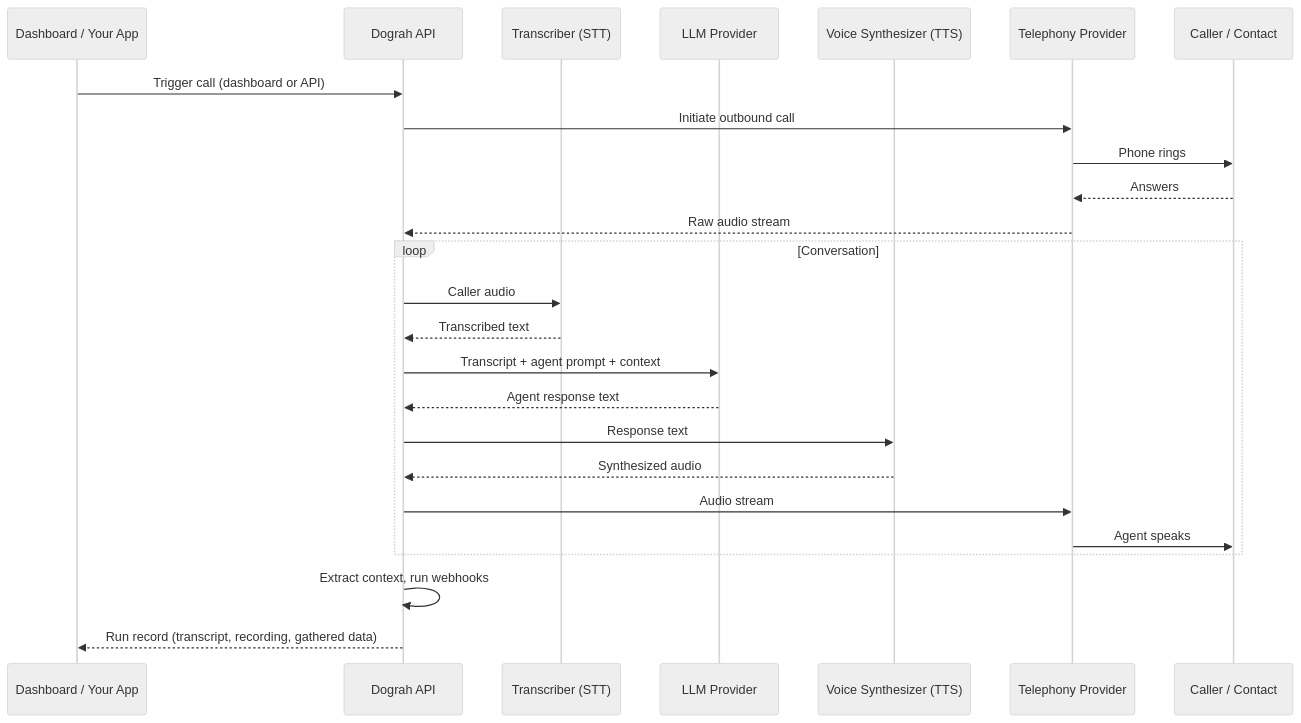
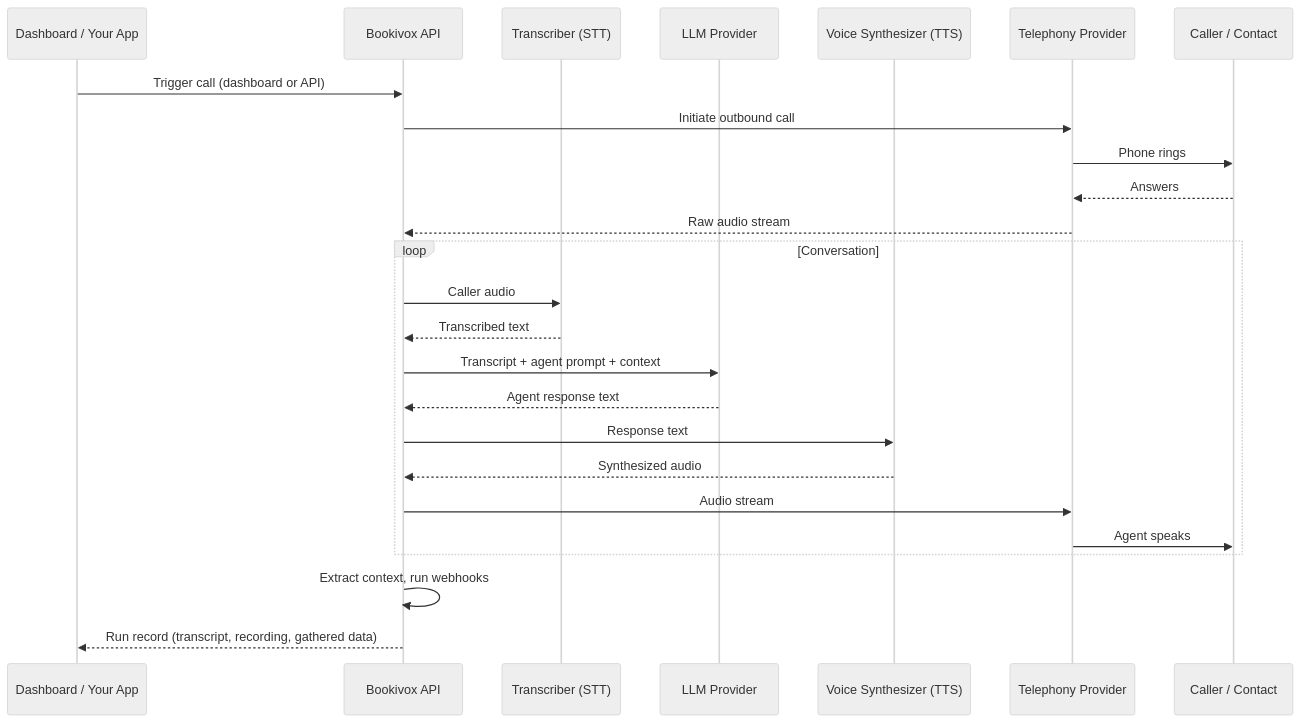
One commit to limitless-influence-ai/bookivox-docs changed the diagram in core-concepts/how-bookivox-works.mdx. Above: the diagram before and after it, drawn with Mermaid (neutral theme). The commit also changed other lines of this file and 71 other files, not shown here.

First line of the commit message:
docs: complete Dograh -> Bookivox rebrand across the docs

````diff
--- a/core-concepts/how-bookivox-works.mdx
+++ b/core-concepts/how-bookivox-works.mdx
@@ -10,28 +10,28 @@
 ```mermaid
 sequenceDiagram
     participant U as Dashboard / Your App
-    participant API as Dograh API
+    participant API as Bookivox API
     participant STT as Transcriber (STT)
     participant LLM as LLM Provider
     participant TTS as Voice Synthesizer (TTS)
     participant Tel as Telephony Provider
     participant Cal as Caller / Contact
 
     U->>API: Trigger call (dashboard or API)
     API->>Tel: Initiate outbound call
     Tel->>Cal: Phone rings
     Cal-->>Tel: Answers
     Tel-->>API: Raw audio stream
     loop Conversation
         API->>STT: Caller audio
         STT-->>API: Transcribed text
         API->>LLM: Transcript + agent prompt + context
         LLM-->>API: Agent response text
         API->>TTS: Response text
         TTS-->>API: Synthesized audio
         API->>Tel: Audio stream
         Tel->>Cal: Agent speaks
     end
     API->>API: Extract context, run webhooks
     API-->>U: Run record (transcript, recording, gathered data)
 ```
````
